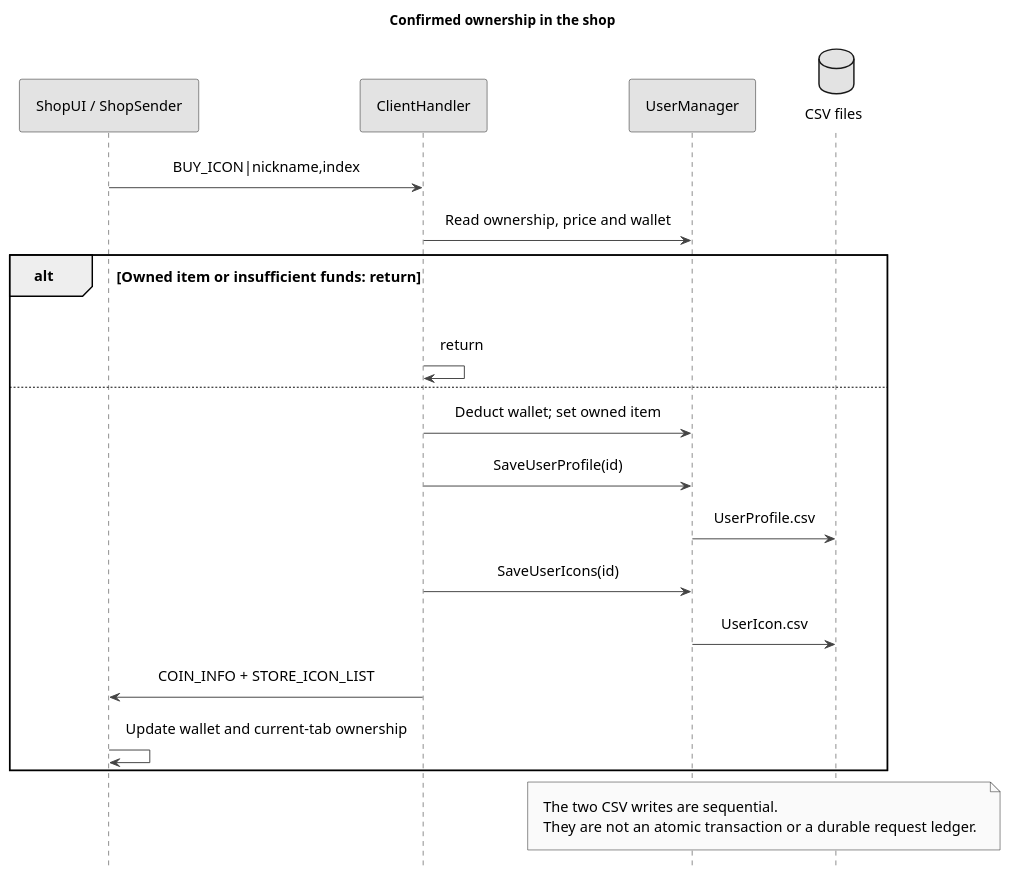
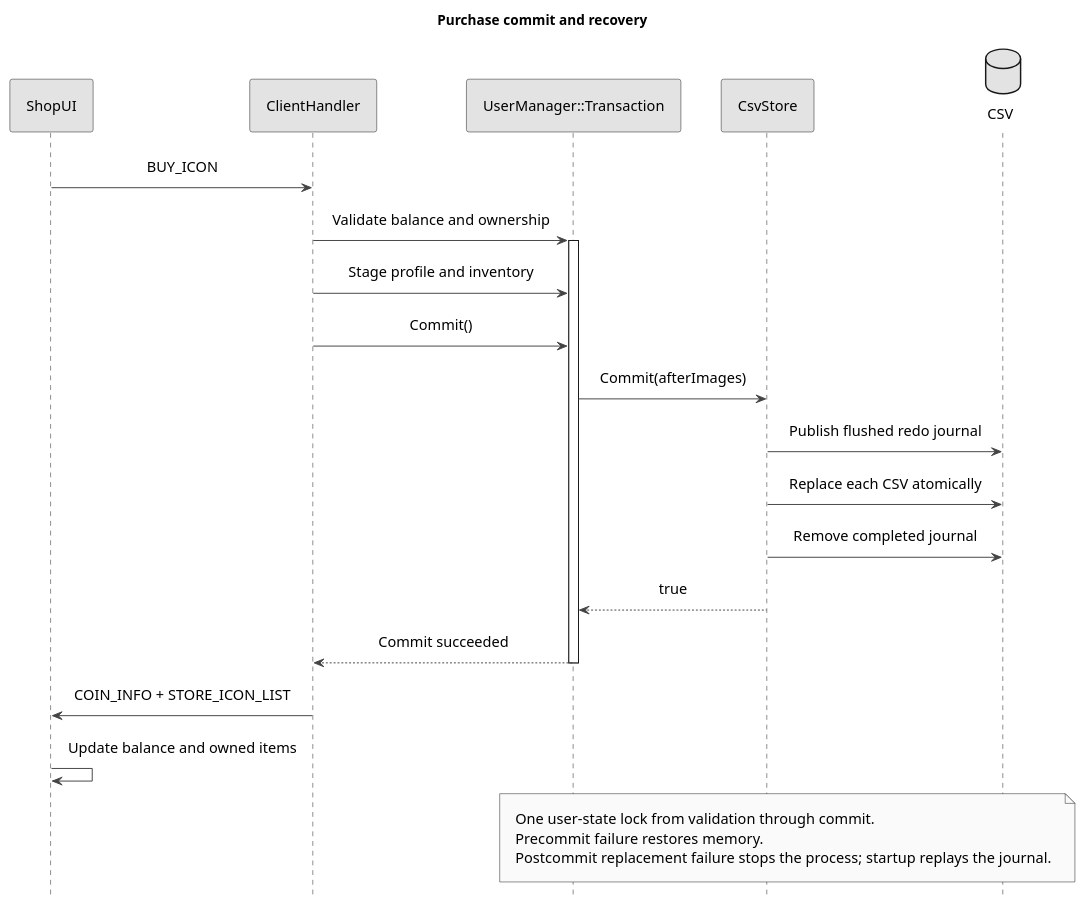
The diagram in docs/engineering/diagrams/shop-sequence-en.puml (YSL-RyuDo/BnBServer), drawn with PlantUML before and after one commit. The commit also changed 147 other files, not shown here.

```diff
--- a/docs/engineering/diagrams/shop-sequence-en.puml
+++ b/docs/engineering/diagrams/shop-sequence-en.puml
@@ -1,34 +1,37 @@
 @startuml
 !pragma layout smetana
 skinparam monochrome true
 skinparam shadowing false
 skinparam backgroundColor white
 skinparam defaultFontName "Malgun Gothic"
 skinparam defaultFontSize 15
 skinparam ArrowColor #444444
 skinparam Padding 10
 skinparam sequenceMessageAlign center
 hide footbox
-title Confirmed ownership in the shop
-participant "ShopUI / ShopSender" as UI
+title Purchase commit and recovery
+participant ShopUI as UI
 participant ClientHandler as H
-participant UserManager as U
-database "CSV files" as D
-UI -> H : BUY_ICON|nickname,index
-H -> U : Read ownership, price and wallet
-alt Owned item or insufficient funds: return
- H -> H : return
-else
- H -> U : Deduct wallet; set owned item
- H -> U : SaveUserProfile(id)
- U -> D : UserProfile.csv
- H -> U : SaveUserIcons(id)
- U -> D : UserIcon.csv
- H -> UI : COIN_INFO + STORE_ICON_LIST
- UI -> UI : Update wallet and current-tab ownership
-end
-note over U,D
-The two CSV writes are sequential.
-They are not an atomic transaction or a durable request ledger.
+participant "UserManager::Transaction" as T
+participant CsvStore as S
+database CSV as D
+UI -> H : BUY_ICON
+H -> T : Validate balance and ownership
+activate T
+H -> T : Stage profile and inventory
+H -> T : Commit()
+T -> S : Commit(afterImages)
+S -> D : Publish flushed redo journal
+S -> D : Replace each CSV atomically
+S -> D : Remove completed journal
+S --> T : true
+T --> H : Commit succeeded
+deactivate T
+H -> UI : COIN_INFO + STORE_ICON_LIST
+UI -> UI : Update balance and owned items
+note over T,D
+One user-state lock from validation through commit.
+Precommit failure restores memory.
+Postcommit replacement failure stops the process; startup replays the journal.
 end note
 @enduml
```
